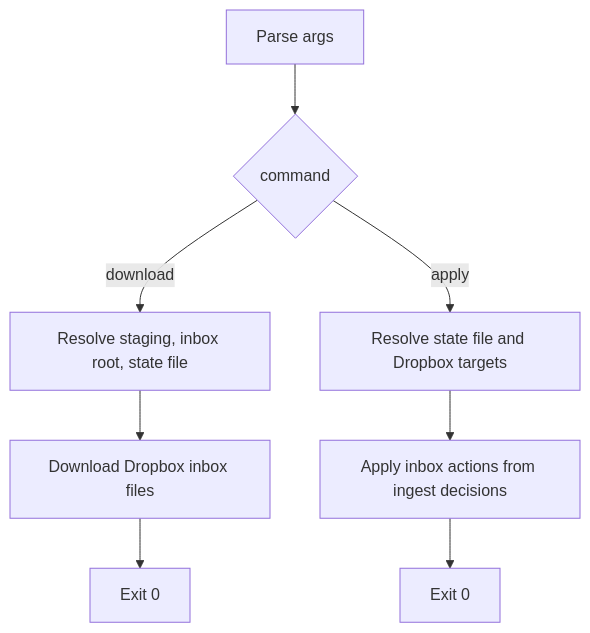
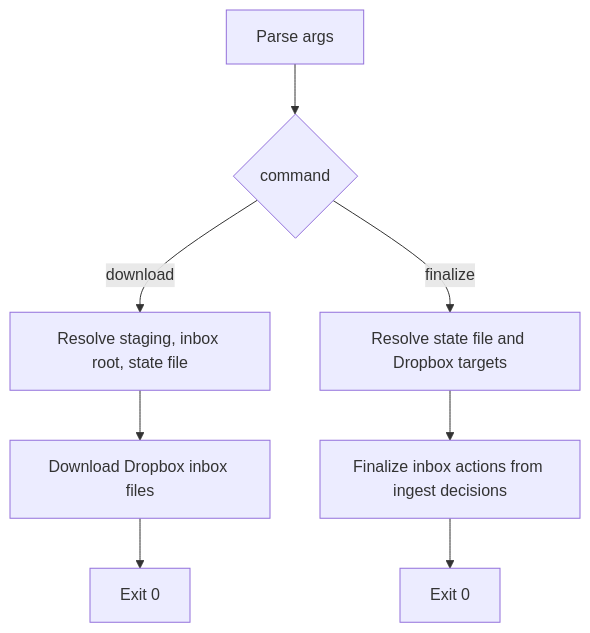
One commit to geokarak/georgios-karakostas.com changed the diagram in docs/SYNC_DROPBOX_INBOX_FLOW.md. Above: the diagram before and after it, drawn with Mermaid. The commit also changed other lines of this file and 7 other files, not shown here.

Commit message:
Rename Dropbox apply phase to finalize

````diff
--- a/docs/SYNC_DROPBOX_INBOX_FLOW.md
+++ b/docs/SYNC_DROPBOX_INBOX_FLOW.md
@@ -8,10 +8,10 @@
 ```mermaid
 flowchart TD
     A[Parse args] --> B{command}
     B -- download --> C[Resolve staging, inbox root, state file]
     C --> D[Download Dropbox inbox files]
     D --> E[Exit 0]
-    B -- apply --> F[Resolve state file and Dropbox targets]
-    F --> G[Apply inbox actions from ingest decisions]
+    B -- finalize --> F[Resolve state file and Dropbox targets]
+    F --> G[Finalize inbox actions from ingest decisions]
     G --> H[Exit 0]
 ```
````
